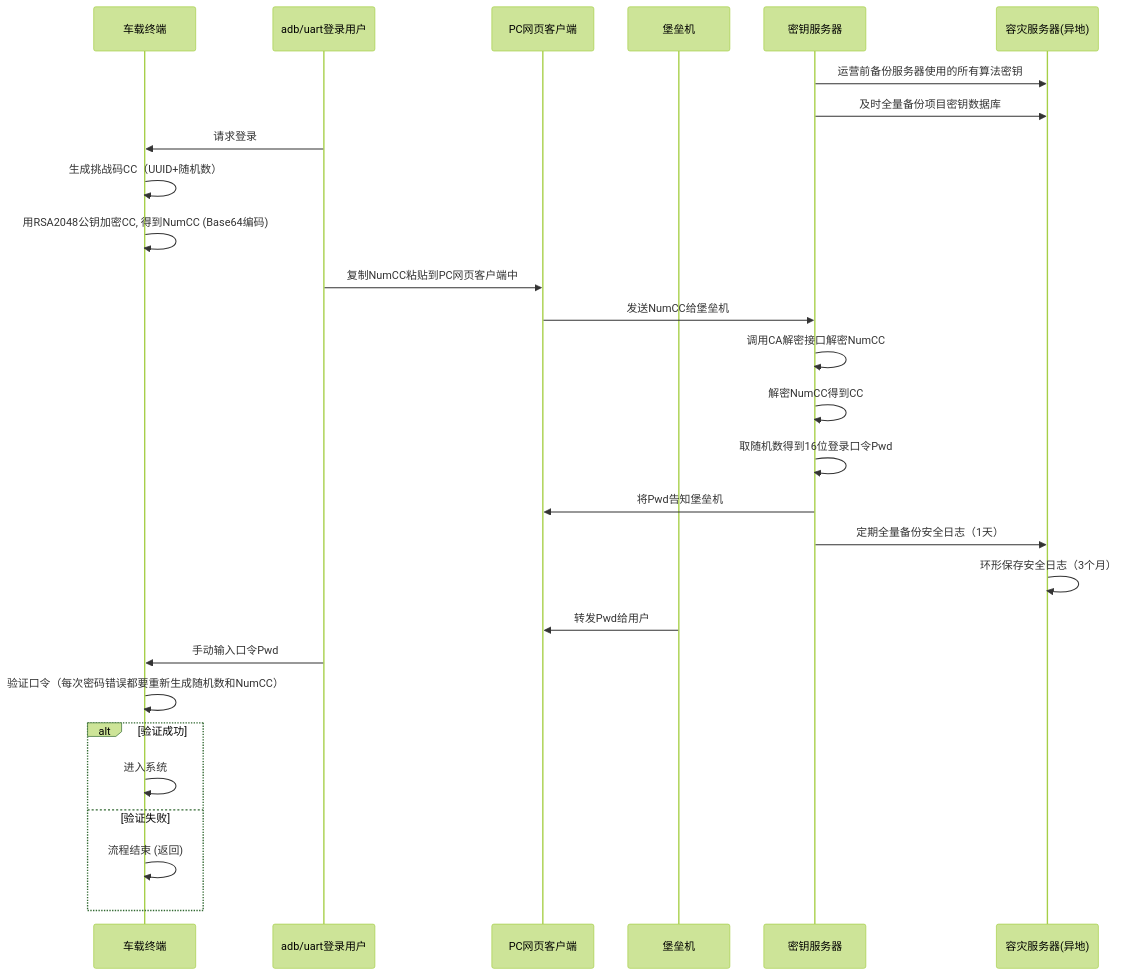
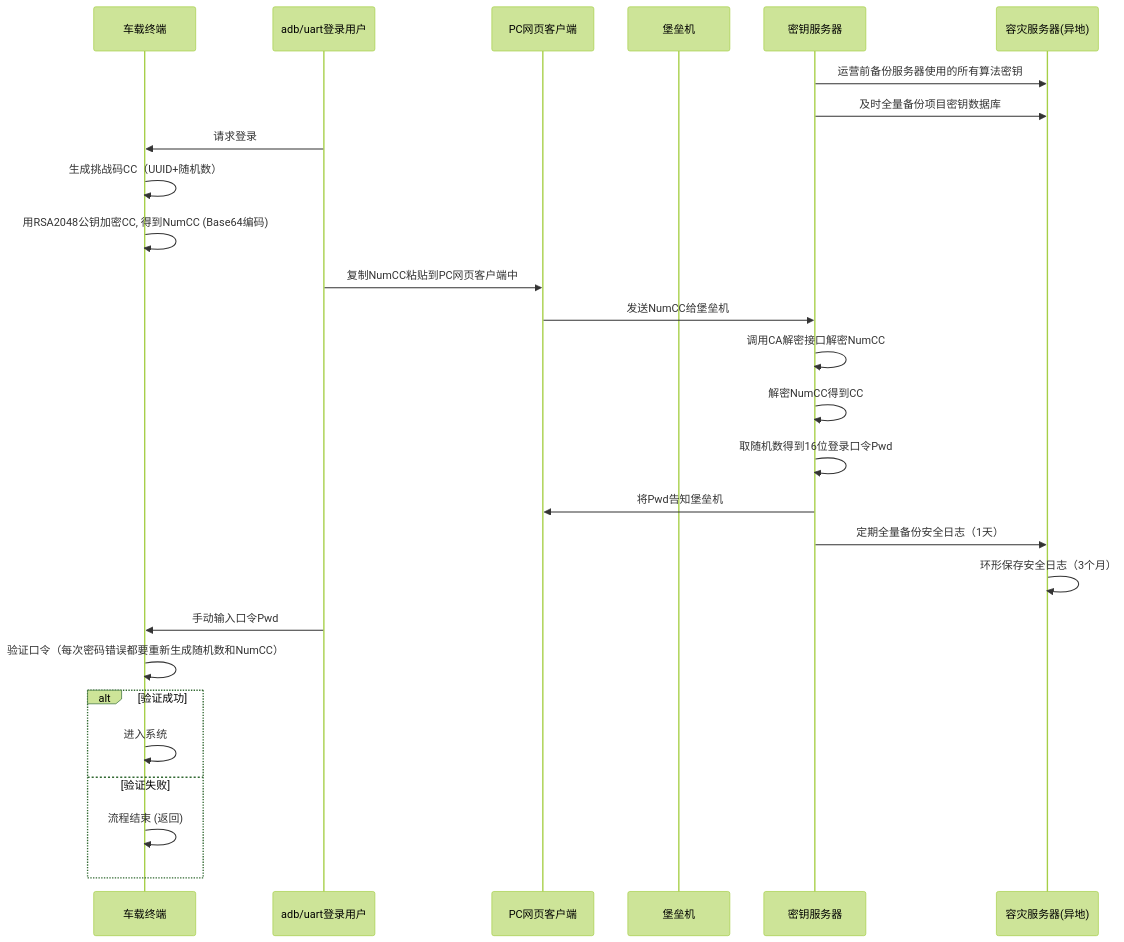
Before and after one commit to facebook-cloud/iodraw-files: the diagram in all/未命名-19.md, drawn with Mermaid (forest theme).

Commit message:
2026-03-17 10:24:24 update

````diff
--- a/all/未命名-19.md
+++ b/all/未命名-19.md
@@ -1,35 +1,34 @@
 ```mermaid
 sequenceDiagram
     participant tbox as 车载终端
     participant user as adb/uart登录用户
     participant pc as PC网页客户端
     participant bastion as 堡垒机
     participant tech_center as 密钥服务器
     participant backup as 容灾服务器(异地)
   
     tech_center->>backup: 运营前备份服务器使用的所有算法密钥
     tech_center->>backup: 及时全量备份项目密钥数据库
 
     user->>tbox: 请求登录
     tbox->>tbox: 生成挑战码CC（UUID+随机数）
     tbox->>tbox: 用RSA2048公钥加密CC, 得到NumCC (Base64编码)
     user->>pc: 复制NumCC粘贴到PC网页客户端中
     pc->>tech_center: 发送NumCC给堡垒机
     tech_center->>tech_center: 调用CA解密接口解密NumCC
     tech_center->>tech_center: 解密NumCC得到CC
     tech_center->>tech_center: 取随机数得到16位登录口令Pwd
     tech_center->>pc: 将Pwd告知堡垒机
 
     tech_center->>backup: 定期全量备份安全日志（1天）
     backup->>backup: 环形保存安全日志（3个月）
-    bastion->>pc: 转发Pwd给用户
     user->>tbox: 手动输入口令Pwd
     tbox->>tbox: 验证口令（每次密码错误都要重新生成随机数和NumCC）
     alt 验证成功
         tbox->>tbox: 进入系统
     else 验证失败
         tbox->>tbox: 流程结束 (返回)
     end
 
 
 ```
````
